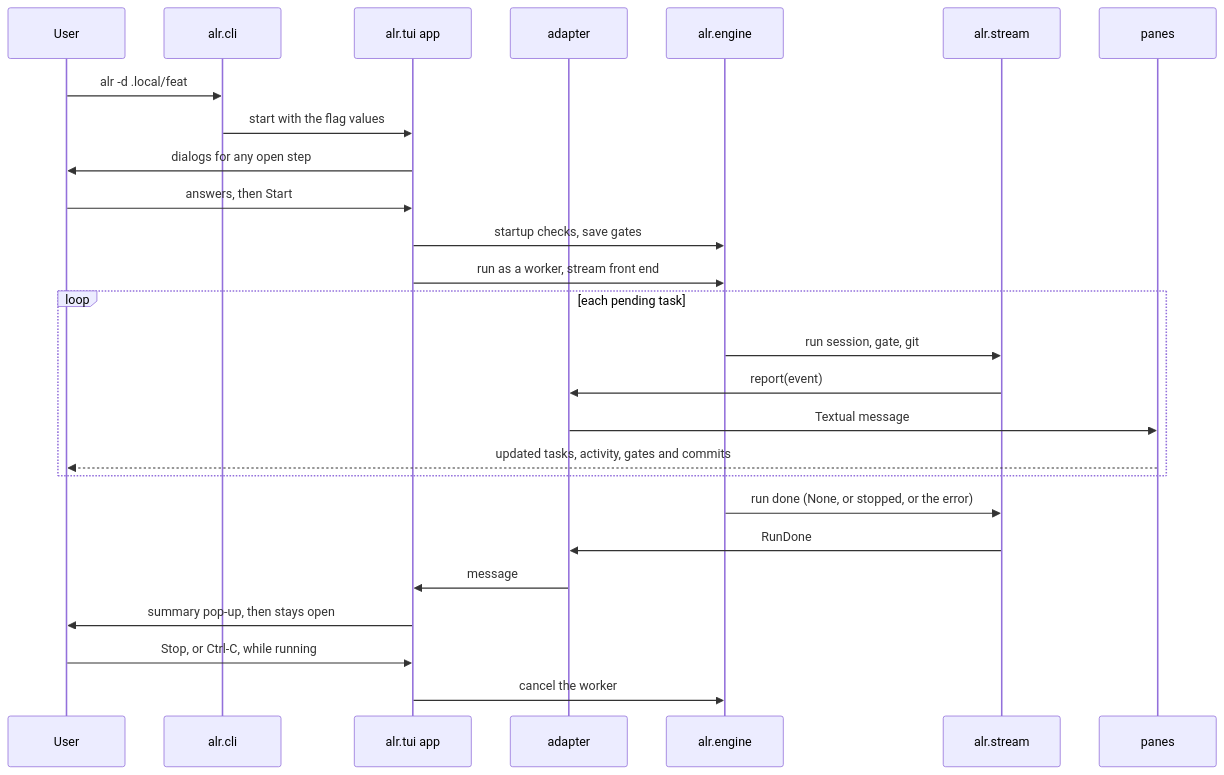
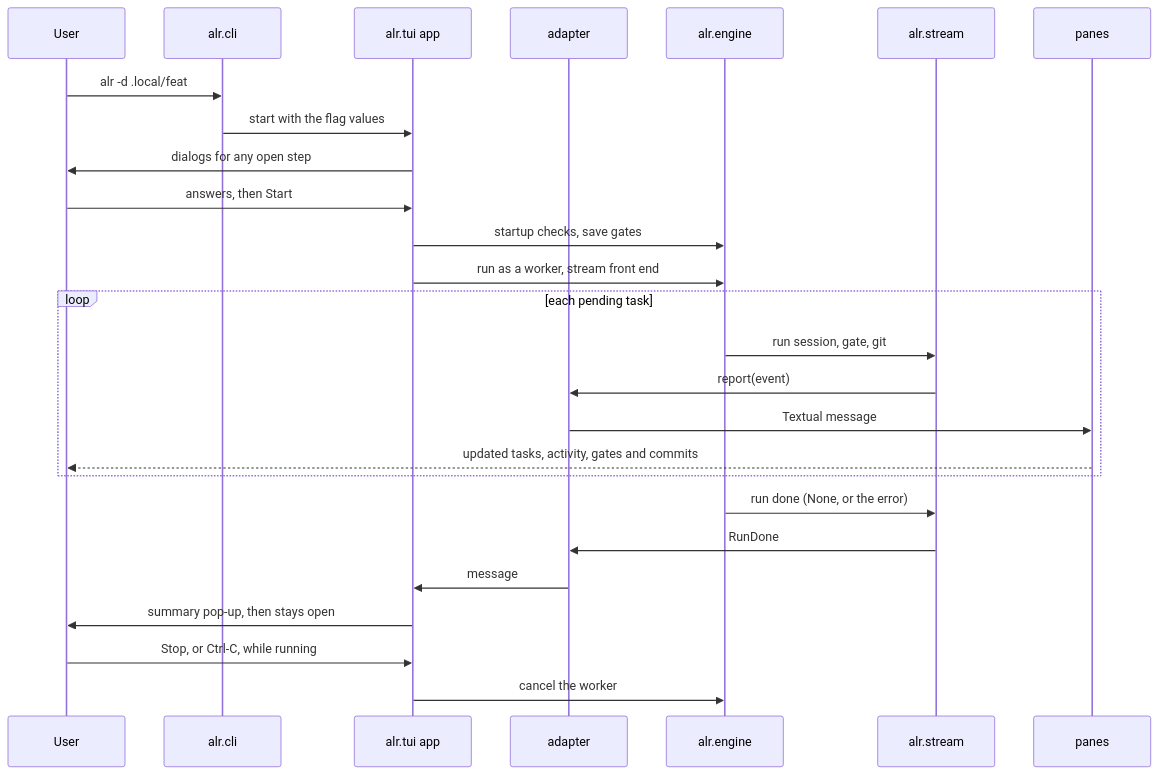
Before and after one commit to twistingmercury/agentic_loop_runner: the fourth of 5 diagrams in docs/design/03_system_architecture.md, drawn with Mermaid. The commit also changed other lines of this file and 3 other files, not shown here.

````diff
--- a/docs/design/03_system_architecture.md
+++ b/docs/design/03_system_architecture.md
@@ -365,29 +366,29 @@
 ```mermaid
 %%{init: {"themeVariables": {"actorTextColor": "#000000"}}}%%
 sequenceDiagram
     participant User
     participant CLI as alr.cli
     participant App as alr.tui app
     participant Adapter as adapter
     participant Engine as alr.engine
     participant Stream as alr.stream
     participant Panes as panes
     User ->> CLI: alr -d .local/feat
     CLI ->> App: start with the flag values
     App ->> User: dialogs for any open step
     User ->> App: answers, then Start
     App ->> Engine: startup checks, save gates
     App ->> Engine: run as a worker, stream front end
     loop each pending task
         Engine ->> Stream: run session, gate, git
         Stream ->> Adapter: report(event)
         Adapter ->> Panes: Textual message
         Panes -->> User: updated tasks, activity, gates and commits
     end
-    Engine ->> Stream: run done (None, or stopped, or the error)
+    Engine ->> Stream: run done (None, or the error)
     Stream ->> Adapter: RunDone
     Adapter ->> App: message
     App ->> User: summary pop-up, then stays open
     User ->> App: Stop, or Ctrl-C, while running
     App ->> Engine: cancel the worker
 ```
````
